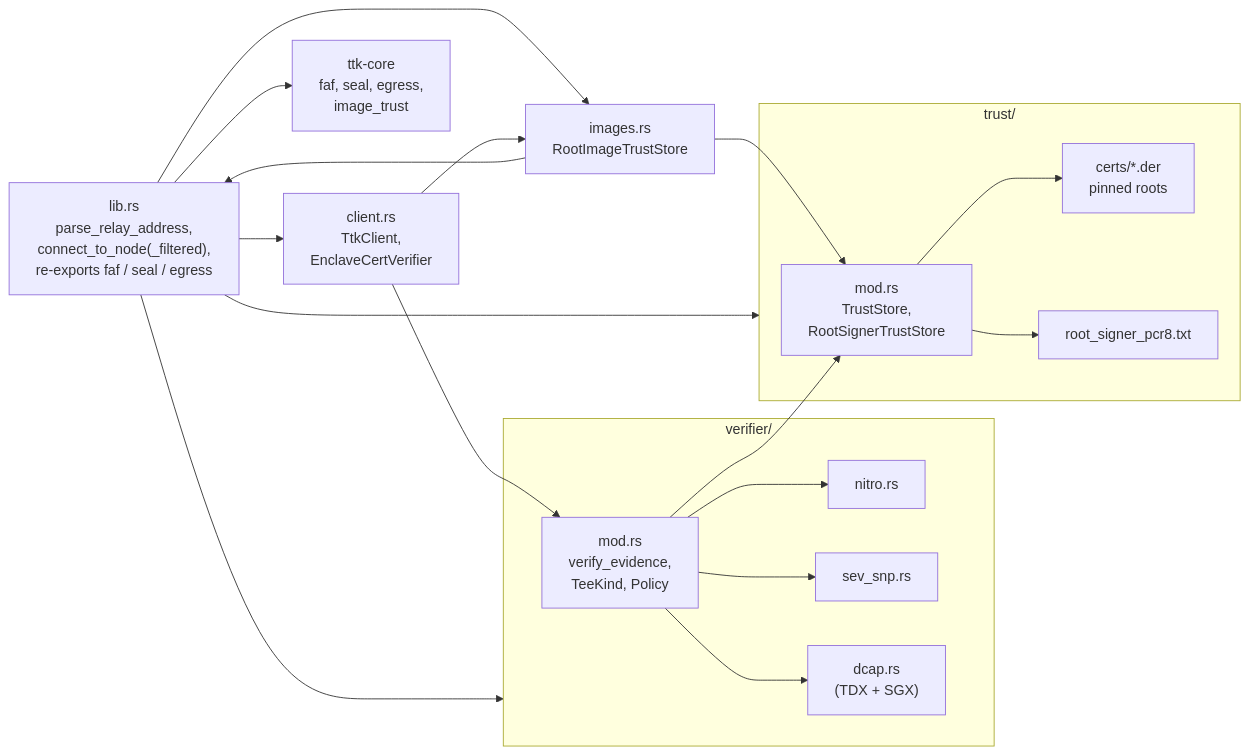
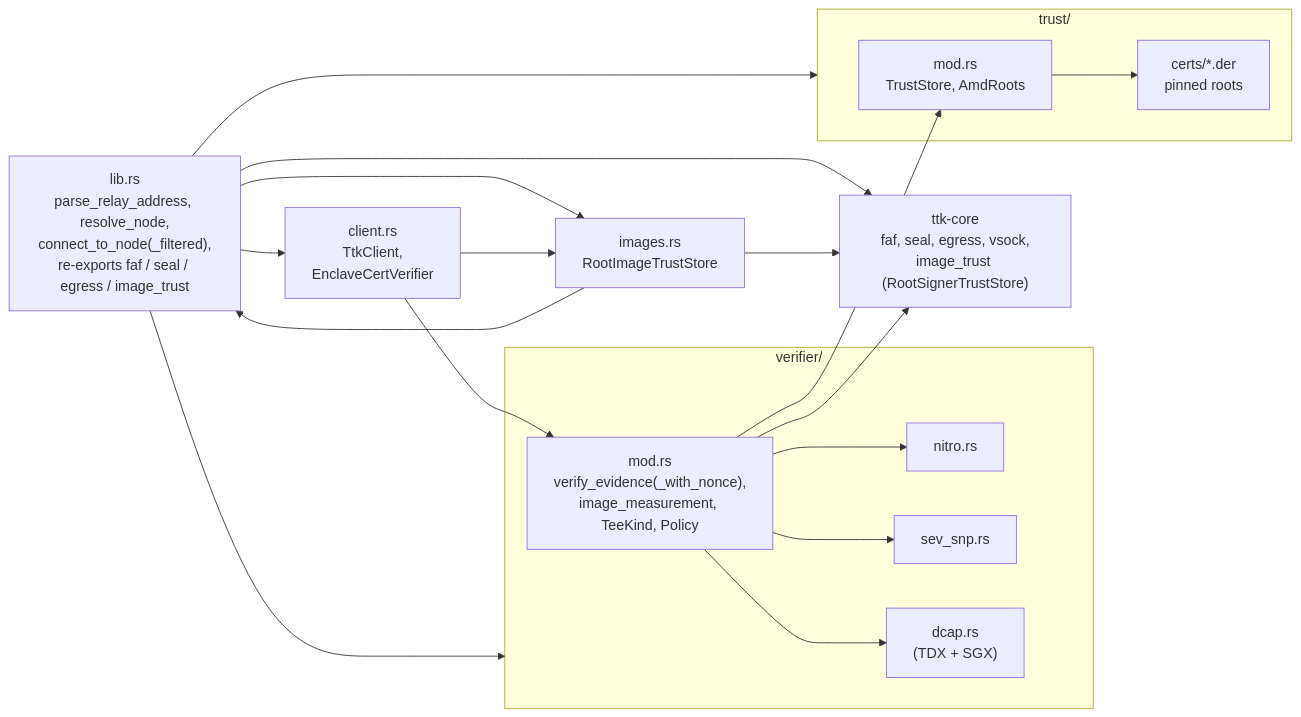
Before and after one commit to Lanetus/TTKServer: the first of 2 diagrams in docs/src/ra-client.md, drawn with Mermaid. The commit also changed other lines of this file and 6 other files, not shown here.

First line of the commit message:
fix: update the mdBook architecture docs to v6.5.0 (#103)

````diff
--- a/docs/src/ra-client.md
+++ b/docs/src/ra-client.md
@@ -11,28 +11,28 @@
 ```mermaid
 flowchart LR
-    lib["lib.rs<br/>parse_relay_address,<br/>connect_to_node(_filtered),<br/>re-exports faf / seal / egress"]
+    lib["lib.rs<br/>parse_relay_address, resolve_node,<br/>connect_to_node(_filtered),<br/>re-exports faf / seal / egress / image_trust"]
     client["client.rs<br/>TtkClient,<br/>EnclaveCertVerifier"]
     subgraph ver["verifier/"]
-        vmod["mod.rs<br/>verify_evidence,<br/>TeeKind, Policy"]
+        vmod["mod.rs<br/>verify_evidence(_with_nonce),<br/>image_measurement, TeeKind, Policy"]
         vn["nitro.rs"]
         vs["sev_snp.rs"]
         vd["dcap.rs<br/>(TDX + SGX)"]
     end
     subgraph tr["trust/"]
-        tmod["mod.rs<br/>TrustStore,<br/>RootSignerTrustStore"]
+        tmod["mod.rs<br/>TrustStore, AmdRoots"]
         certs["certs/*.der<br/>pinned roots"]
-        pcr8["root_signer_pcr8.txt"]
     end
     images["images.rs<br/>RootImageTrustStore"]
-    core["ttk-core<br/>faf, seal, egress,<br/>image_trust"]
+    core["ttk-core<br/>faf, seal, egress, vsock,<br/>image_trust (RootSignerTrustStore)"]
 
     lib --> client & ver & tr & images
     lib --> core
     client --> vmod
     client --> images
     vmod --> vn & vs & vd
     vmod --> tmod
-    tmod --> certs & pcr8
+    tmod --> certs
+    vmod --> core
     images --> lib
-    images --> tmod
+    images --> core
 ```
````
